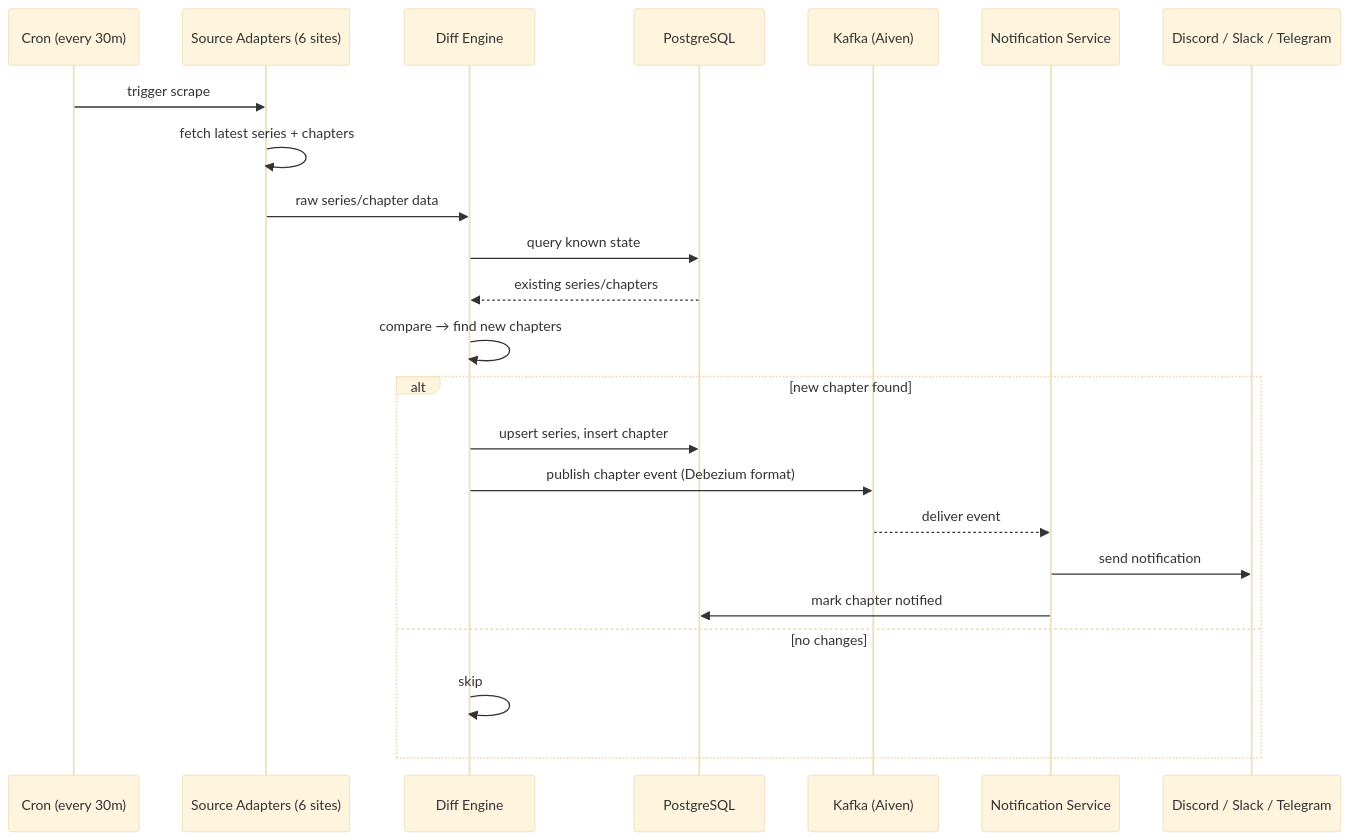
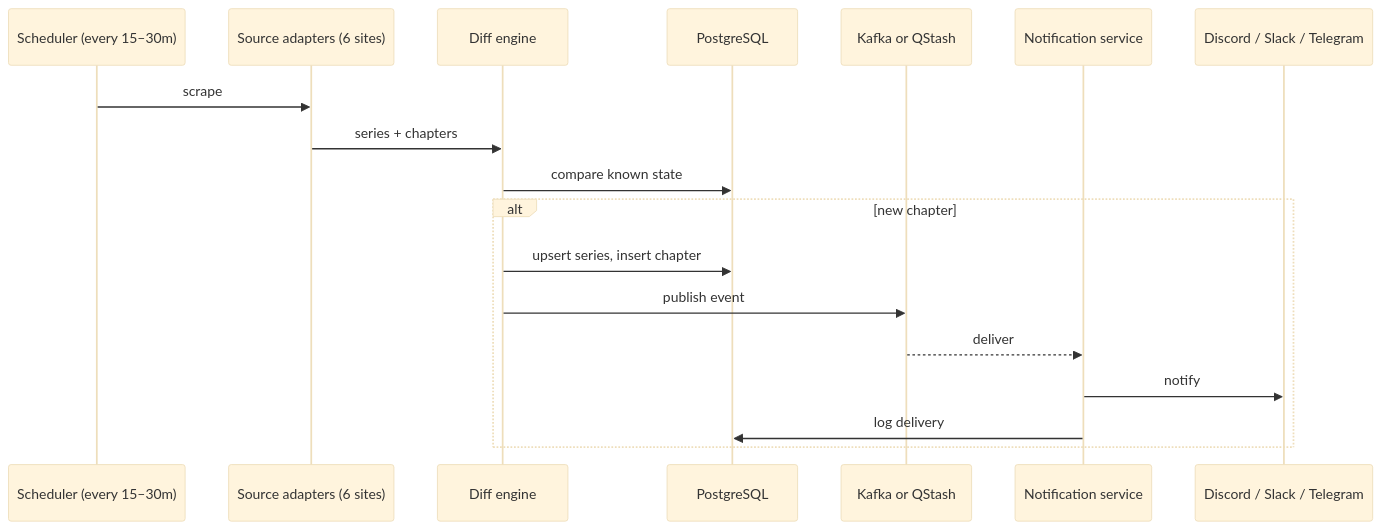
The first of 3 diagrams in README.md (aeswibon/manga-cdc), drawn with Mermaid (base theme) before and after one commit. The commit also changed other lines of this file and 1 other file, not shown here.

First line of the commit message:
Modernize README with roadmap, status badges, and MIT license.

````diff
--- a/README.md
+++ b/README.md
@@ -13,26 +65,21 @@
 ```mermaid
 sequenceDiagram
-    participant Cron as Cron (every 30m)
-    participant Adapters as Source Adapters (6 sites)
-    participant Diff as Diff Engine
+    participant Cron as Scheduler (every 15–30m)
+    participant Adapters as Source adapters (6 sites)
+    participant Diff as Diff engine
     participant DB as PostgreSQL
-    participant Kafka as Kafka (Aiven)
-    participant Notifier as Notification Service
+    participant Bus as Kafka or QStash
+    participant Notifier as Notification service
     participant Channels as Discord / Slack / Telegram
 
-    Cron->>Adapters: trigger scrape
-    Adapters->>Adapters: fetch latest series + chapters
-    Adapters->>Diff: raw series/chapter data
-    Diff->>DB: query known state
-    DB-->>Diff: existing series/chapters
-    Diff->>Diff: compare → find new chapters
-    alt new chapter found
+    Cron->>Adapters: scrape
+    Adapters->>Diff: series + chapters
+    Diff->>DB: compare known state
+    alt new chapter
         Diff->>DB: upsert series, insert chapter
-        Diff->>Kafka: publish chapter event (Debezium format)
-        Kafka-->>Notifier: deliver event
-        Notifier->>Channels: send notification
-        Notifier->>DB: mark chapter notified
-    else no changes
-        Diff->>Diff: skip
+        Diff->>Bus: publish event
+        Bus-->>Notifier: deliver
+        Notifier->>Channels: notify
+        Notifier->>DB: log delivery
     end
 ```
````
